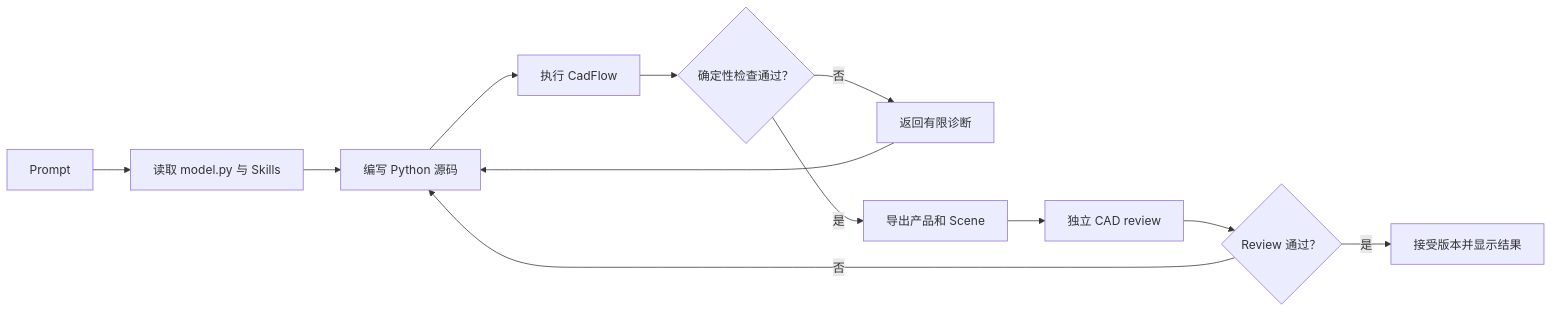
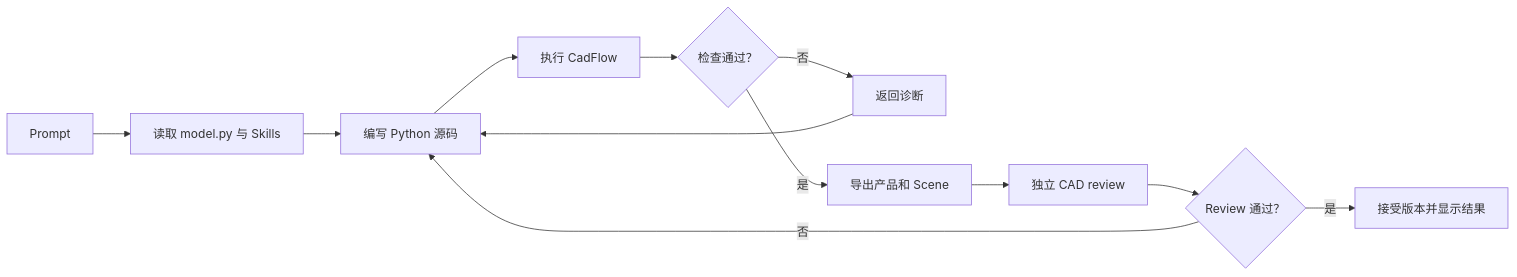
The diagram in docs/zh/modeling-run.md (zion-zion-zion/CadFlow-Harness), drawn with Mermaid before and after one commit. The commit also changed other lines of this file and 39 other files, not shown here.

````diff
--- a/docs/zh/modeling-run.md
+++ b/docs/zh/modeling-run.md
@@ -5,14 +5,14 @@
 ```mermaid
 flowchart LR
     A[Prompt] --> B[读取 model.py 与 Skills]
     B --> C[编写 Python 源码]
     C --> D[执行 CadFlow]
-    D --> E{确定性检查通过？}
-    E -- 否 --> F[返回有限诊断]
+    D --> E{检查通过？}
+    E -- 否 --> F[返回诊断]
     F --> C
     E -- 是 --> G[导出产品和 Scene]
     G --> H[独立 CAD review]
     H --> I{Review 通过？}
     I -- 否 --> C
     I -- 是 --> J[接受版本并显示结果]
 ```
````
